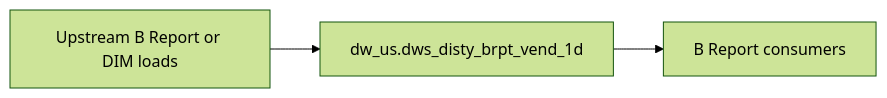
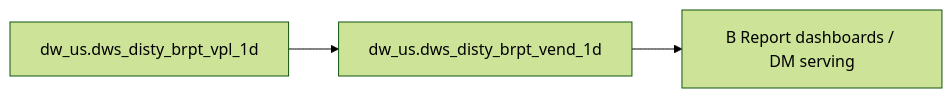
One commit to chengduhaha/data_agent changed the diagram in backend/defaults/b_report/workspace/target/knowledgebase/b-report-us/dws_disty_brpt_vend_1d.md. Above: the diagram before and after it, drawn with Mermaid (forest theme). The commit also changed other lines of this file and 1108 other files, not shown here.

````diff
--- a/backend/defaults/b_report/workspace/target/knowledgebase/b-report-us/dws_disty_brpt_vend_1d.md
+++ b/backend/defaults/b_report/workspace/target/knowledgebase/b-report-us/dws_disty_brpt_vend_1d.md
@@ -151,8 +271,8 @@
 ```mermaid
 flowchart LR
-  upstream[Upstream B Report or DIM loads]
-  tgt["dw_us.dws_disty_brpt_vend_1d"]
-  brpt[B Report consumers]
-  upstream --> tgt
-  tgt --> brpt
+  dw_us_dws_disty_brpt_vend_1d["dw_us.dws_disty_brpt_vend_1d"]
+  src0["dw_us.dws_disty_brpt_vpl_1d"]
+  src0 --> dw_us_dws_disty_brpt_vend_1d
+  consumers["B Report dashboards / DM serving"]
+  dw_us_dws_disty_brpt_vend_1d --> consumers
 ```
````
